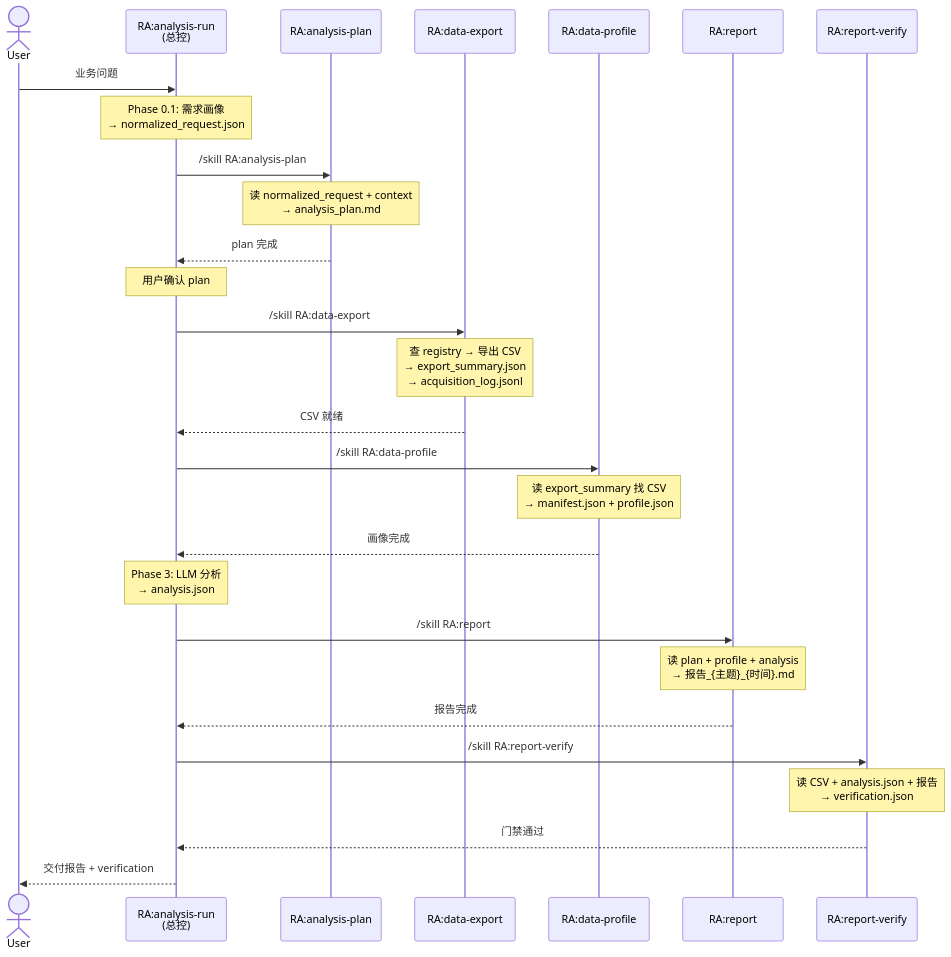
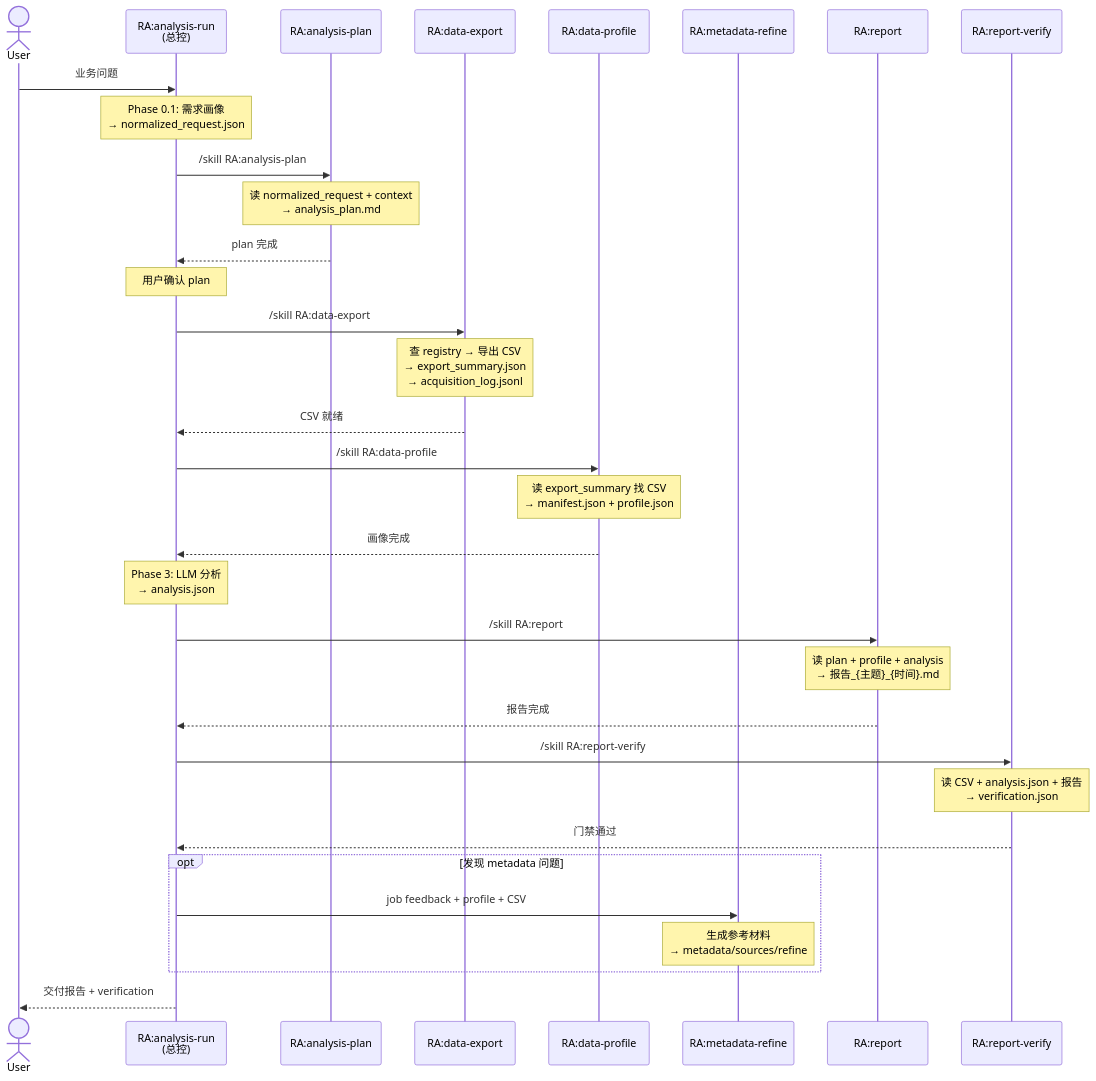
One commit to dabaige53/RealAnalyst changed the third of 4 diagrams in skills/README.md. Above: the diagram before and after it, drawn with Mermaid. The commit also changed other lines of this file and 20 other files, not shown here.

Commit message:
feat: add metadata refine workflow

````diff
--- a/skills/README.md
+++ b/skills/README.md
@@ -170,39 +176,45 @@
 ```mermaid
 sequenceDiagram
     actor User
     participant AR as RA:analysis-run<br/>(总控)
     participant AP as RA:analysis-plan
     participant EX as RA:data-export
     participant DP as RA:data-profile
+    participant REF as RA:metadata-refine
     participant RPT as RA:report
     participant RV as RA:report-verify
 
     User->>AR: 业务问题
     Note over AR: Phase 0.1: 需求画像<br/>→ normalized_request.json
 
     AR->>AP: /skill RA:analysis-plan
     Note over AP: 读 normalized_request + context<br/>→ analysis_plan.md
     AP-->>AR: plan 完成
 
     Note over AR: 用户确认 plan
 
     AR->>EX: /skill RA:data-export
     Note over EX: 查 registry → 导出 CSV<br/>→ export_summary.json<br/>→ acquisition_log.jsonl
     EX-->>AR: CSV 就绪
 
     AR->>DP: /skill RA:data-profile
     Note over DP: 读 export_summary 找 CSV<br/>→ manifest.json + profile.json
     DP-->>AR: 画像完成
 
     Note over AR: Phase 3: LLM 分析<br/>→ analysis.json
 
     AR->>RPT: /skill RA:report
     Note over RPT: 读 plan + profile + analysis<br/>→ 报告_{主题}_{时间}.md
     RPT-->>AR: 报告完成
 
     AR->>RV: /skill RA:report-verify
     Note over RV: 读 CSV + analysis.json + 报告<br/>→ verification.json
     RV-->>AR: 门禁通过
 
+    opt 发现 metadata 问题
+        AR->>REF: job feedback + profile + CSV
+        Note over REF: 生成参考材料<br/>→ metadata/sources/refine
+    end
+
     AR-->>User: 交付报告 + verification
 ```
````
